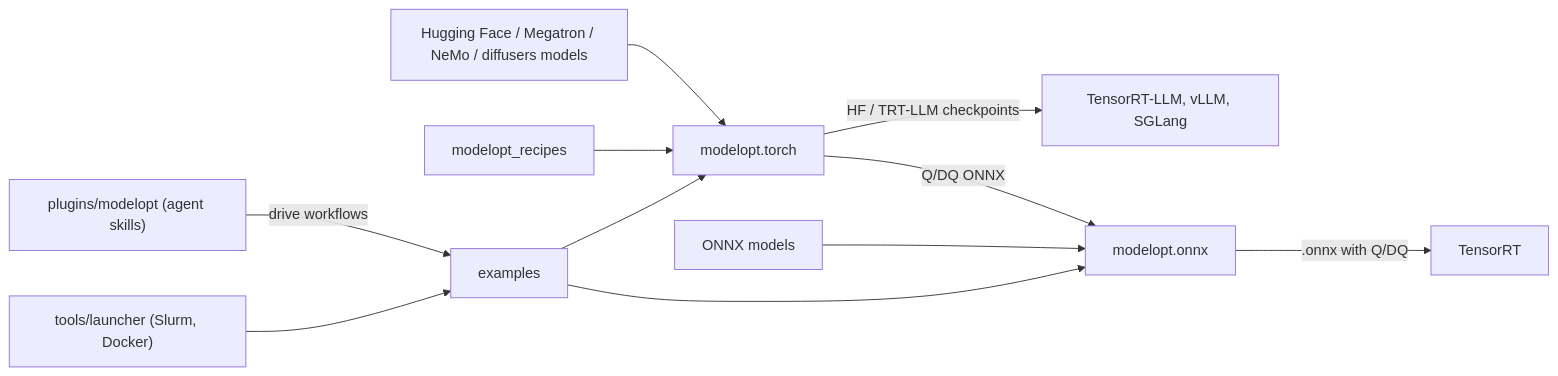
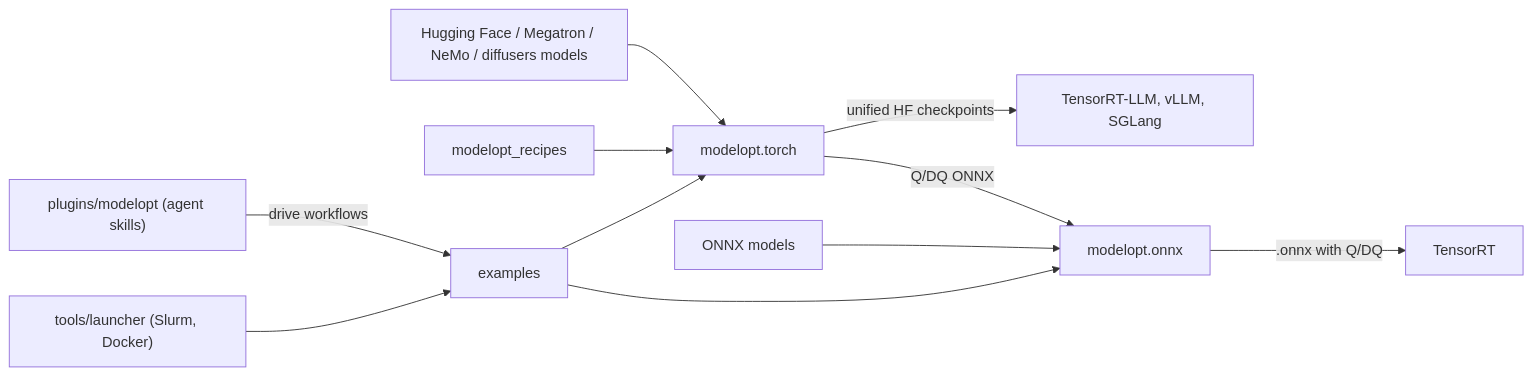
Before and after one commit to saiprakash-c/Model-Optimizer: the first of 2 diagrams in docs/architecture.md, drawn with Mermaid. The commit also changed other lines of this file and 3 other files, not shown here.

Commit message:
Docs: add autocast, torch export and kernels READMEs; update architecture.md

````diff
--- a/docs/architecture.md
+++ b/docs/architecture.md
@@ -16,13 +16,13 @@
 ```mermaid
 flowchart LR
     hf["Hugging Face / Megatron / NeMo / diffusers models"] --> mt["modelopt.torch"]
     onnxin["ONNX models"] --> mo["modelopt.onnx"]
     recipes["modelopt_recipes"] --> mt
-    mt -->|"HF / TRT-LLM checkpoints"| rt["TensorRT-LLM, vLLM, SGLang"]
+    mt -->|"unified HF checkpoints"| rt["TensorRT-LLM, vLLM, SGLang"]
     mt -->|"Q/DQ ONNX"| mo
     mo -->|".onnx with Q/DQ"| trt["TensorRT"]
     agents["plugins/modelopt (agent skills)"] -->|"drive workflows"| ex["examples"]
     ex --> mt
     ex --> mo
     tools["tools/launcher (Slurm, Docker)"] --> ex
 ```
````
